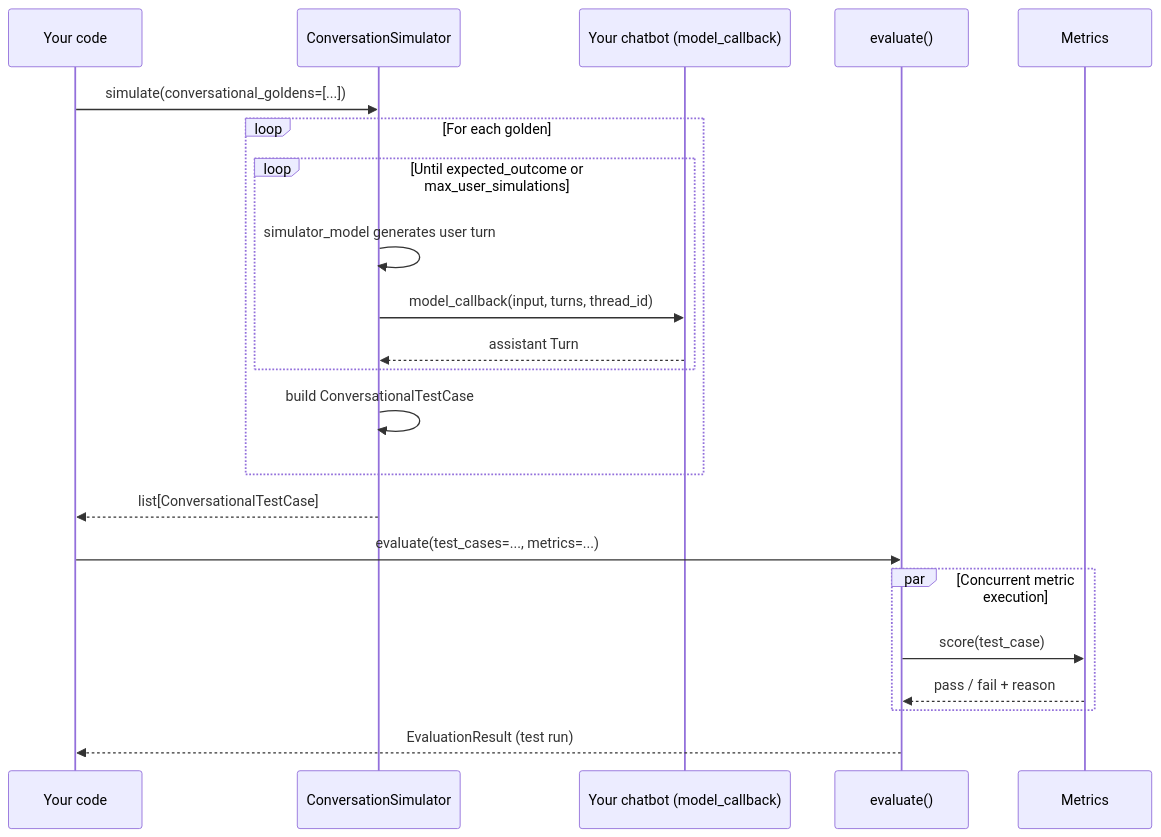
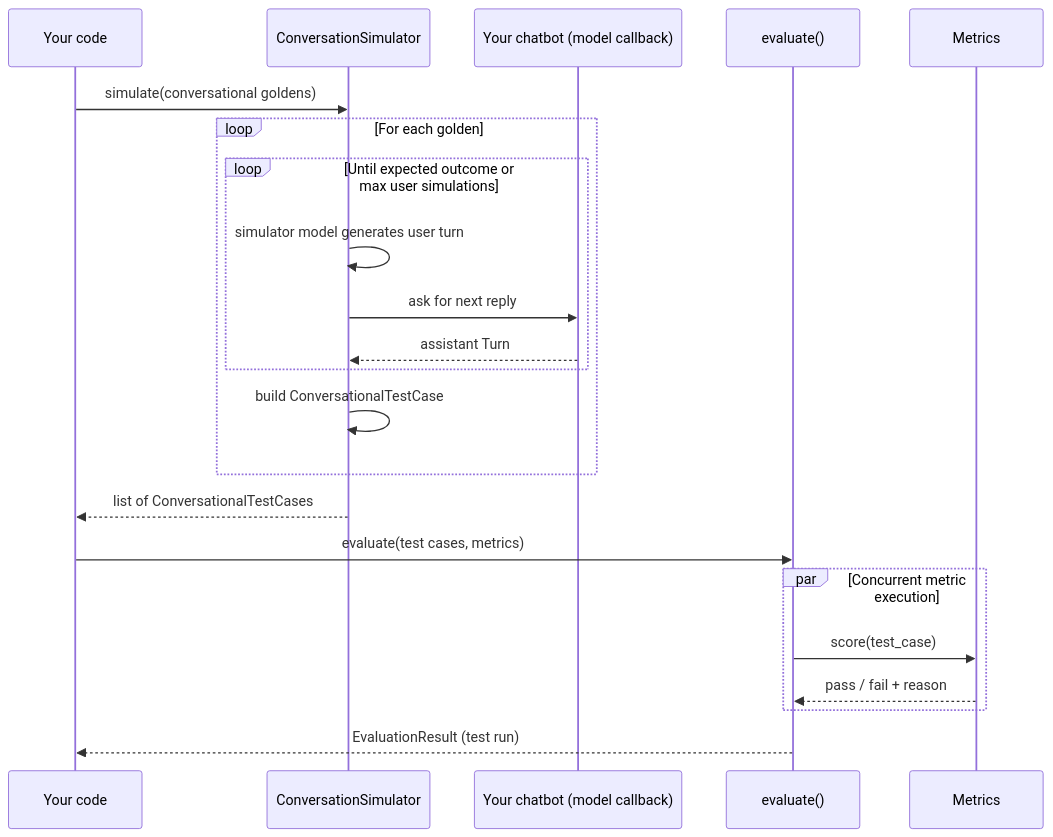
Before and after one commit to confident-ai/deepeval: the diagram in docs/content/docs/evaluation-end-to-end-multi-turn.mdx, drawn with Mermaid. The commit also changed other lines of this file and 16 other files, not shown here.

````diff
--- a/docs/content/docs/evaluation-end-to-end-multi-turn.mdx
+++ b/docs/content/docs/evaluation-end-to-end-multi-turn.mdx
@@ -27,25 +27,25 @@
 ```mermaid
 sequenceDiagram
     participant User as Your code
     participant Sim as ConversationSimulator
-    participant Bot as Your chatbot (model_callback)
+    participant Bot as Your chatbot (model callback)
     participant Eval as evaluate()
     participant M as Metrics
 
-    User->>Sim: simulate(conversational_goldens=[...])
+    User->>Sim: simulate(conversational goldens)
     loop For each golden
-        loop Until expected_outcome or max_user_simulations
-            Sim->>Sim: simulator_model generates user turn
-            Sim->>Bot: model_callback(input, turns, thread_id)
+        loop Until expected outcome or max user simulations
+            Sim->>Sim: simulator model generates user turn
+            Sim->>Bot: ask for next reply
             Bot-->>Sim: assistant Turn
         end
         Sim->>Sim: build ConversationalTestCase
     end
-    Sim-->>User: list[ConversationalTestCase]
-    User->>Eval: evaluate(test_cases=..., metrics=...)
+    Sim-->>User: list of ConversationalTestCases
+    User->>Eval: evaluate(test cases, metrics)
     par Concurrent metric execution
         Eval->>M: score(test_case)
         M-->>Eval: pass / fail + reason
     end
     Eval-->>User: EvaluationResult (test run)
 ```
````
